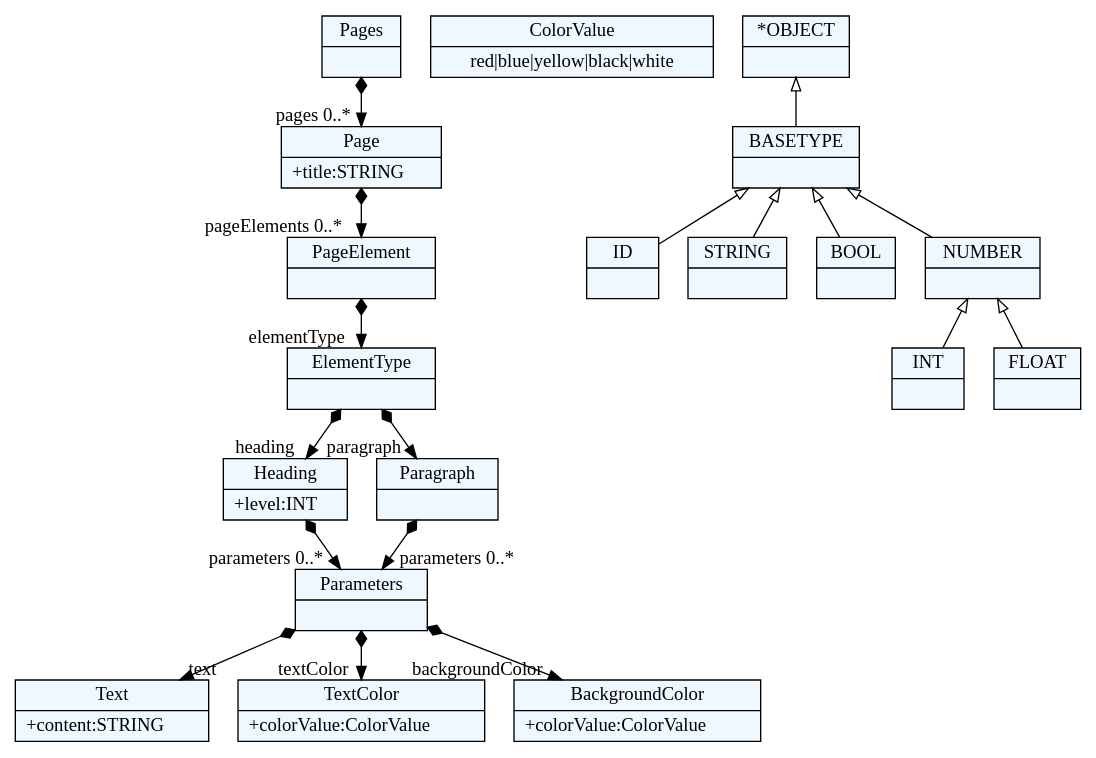
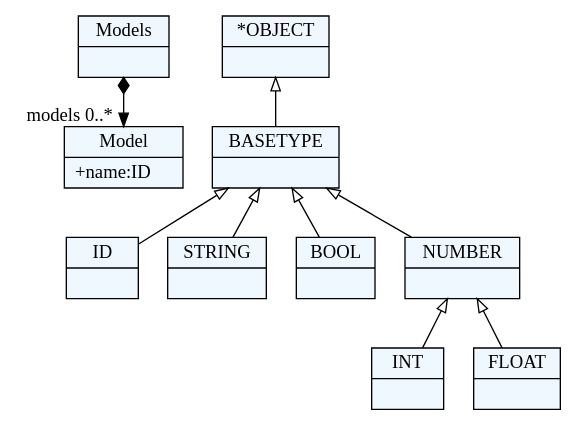
The diagram in JSD/grammer.dot (jovana992/jsd2017), drawn with Graphviz before and after one commit. The commit also changed 5 other files, not shown here.

```diff
--- a/JSD/grammer.dot
+++ b/JSD/grammer.dot
@@ -1,70 +1,43 @@
 
     digraph xtext {
     fontname = "Bitstream Vera Sans"
     fontsize = 8
     node[
         shape=record,
         style=filled,
         fillcolor=aliceblue
     ]
     nodesep = 0.3
     edge[dir=black,arrowtail=empty]
 
 
-1487401569576 -> 1487401601672[arrowtail=diamond, dir=both, headlabel="pages 0..*"]
-1487401569576[ label="{Pages|}"]
+2859254368888 -> 2859254372664[arrowtail=diamond, dir=both, headlabel="models 0..*"]
+2859254368888[ label="{Models|}"]
 
-1487401601672 -> 1487401593176[arrowtail=diamond, dir=both, headlabel="pageElements 0..*"]
-1487401601672[ label="{Page|+title:STRING\l}"]
+2859254372664[ label="{Model|+name:ID\l}"]
 
-1487401593176 -> 1487401597896[arrowtail=diamond, dir=both, headlabel="elementType "]
-1487401593176[ label="{PageElement|}"]
+2859254337736[ label="{ID|}"]
 
-1487401597896 -> 1487401570520[arrowtail=diamond, dir=both, headlabel="heading "]
-1487401597896 -> 1487401579016[arrowtail=diamond, dir=both, headlabel="paragraph "]
-1487401597896[ label="{ElementType|}"]
+2859254367944[ label="{STRING|}"]
 
-1487401570520 -> 1487401603560[arrowtail=diamond, dir=both, headlabel="parameters 0..*"]
-1487401570520[ label="{Heading|+level:INT\l}"]
+2859254336792[ label="{BOOL|}"]
 
-1487401579016 -> 1487401603560[arrowtail=diamond, dir=both, headlabel="parameters 0..*"]
-1487401579016[ label="{Paragraph|}"]
+2859254377384[ label="{INT|}"]
 
-1487401603560 -> 1487401573352[arrowtail=diamond, dir=both, headlabel="text "]
-1487401603560 -> 1487401596952[arrowtail=diamond, dir=both, headlabel="textColor "]
-1487401603560 -> 1487401602616[arrowtail=diamond, dir=both, headlabel="backgroundColor "]
-1487401603560[ label="{Parameters|}"]
+2859254391544[ label="{FLOAT|}"]
 
-1487401573352[ label="{Text|+content:STRING\l}"]
+2859254380216[ label="{NUMBER|}"]
+2859254380216 -> 2859254391544 [dir=back]
+2859254380216 -> 2859254377384 [dir=back]
 
-1487401596952[ label="{TextColor|+colorValue:ColorValue\l}"]
+2859254388712[ label="{BASETYPE|}"]
+2859254388712 -> 2859254380216 [dir=back]
+2859254388712 -> 2859254336792 [dir=back]
+2859254388712 -> 2859254337736 [dir=back]
+2859254388712 -> 2859254367944 [dir=back]
 
-1487401602616[ label="{BackgroundColor|+colorValue:ColorValue\l}"]
-
-1487401575240[ label="{ColorValue|red\|blue\|yellow\|black\|white}"]
-
-1487400680696[ label="{ID|}"]
-
-1487401589400[ label="{STRING|}"]
-
-1487401595064[ label="{BOOL|}"]
-
-1487401571464[ label="{INT|}"]
-
-1487401587512[ label="{FLOAT|}"]
-
-1487401600728[ label="{NUMBER|}"]
-1487401600728 -> 1487401587512 [dir=back]
-1487401600728 -> 1487401571464 [dir=back]
-
-1487401585624[ label="{BASETYPE|}"]
-1487401585624 -> 1487401600728 [dir=back]
-1487401585624 -> 1487401595064 [dir=back]
-1487401585624 -> 1487400680696 [dir=back]
-1487401585624 -> 1487401589400 [dir=back]
-
-1487401580904[ label="{*OBJECT|}"]
-1487401580904 -> 1487401585624 [dir=back]
+2859254383992[ label="{*OBJECT|}"]
+2859254383992 -> 2859254388712 [dir=back]
 
 
 }
```
